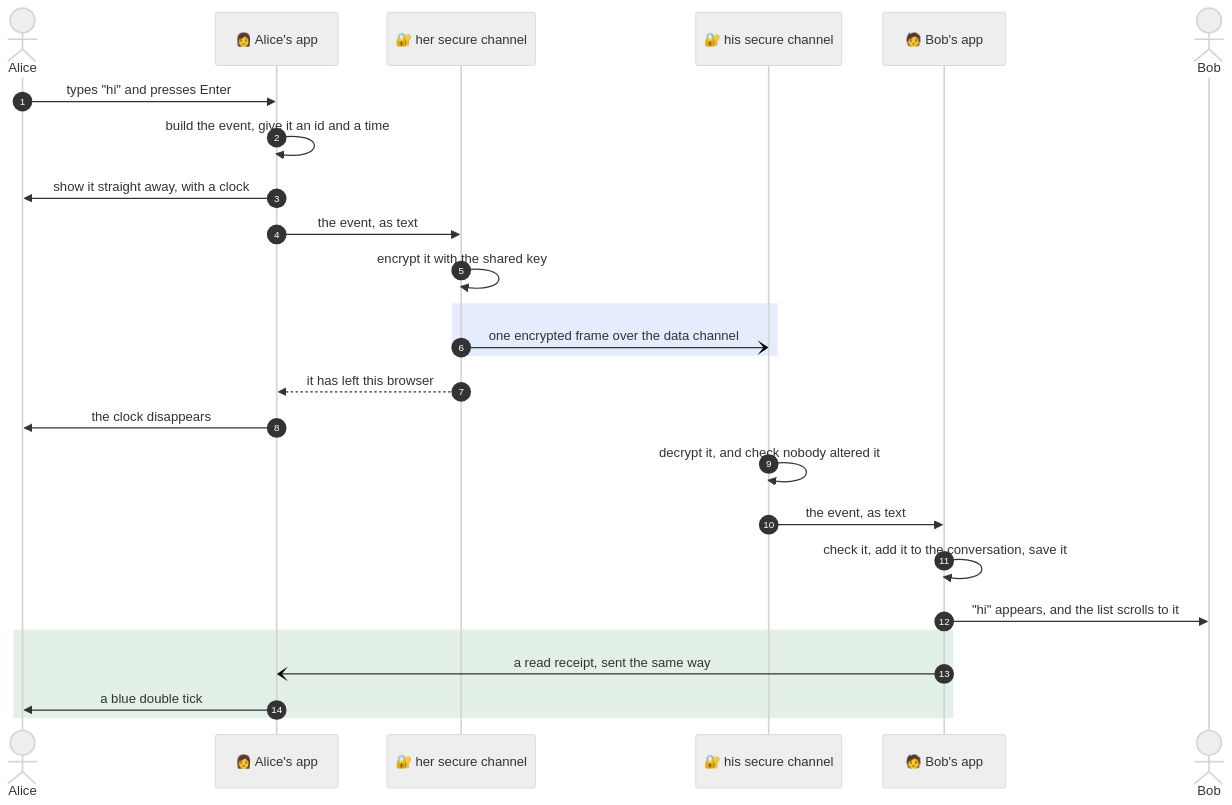
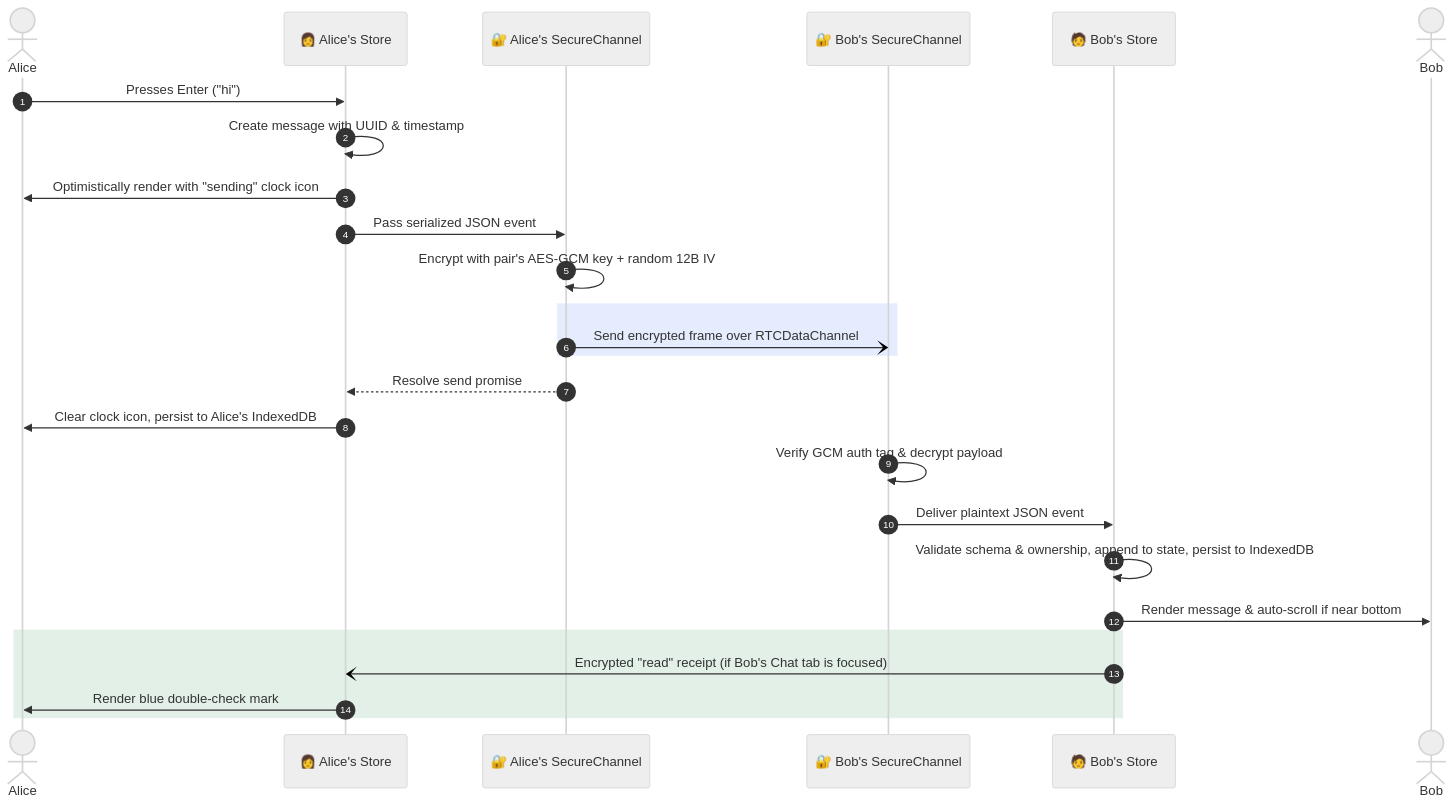
One commit to LitHaxor/webRTC-mesh-chat changed the fifth of 10 diagrams in README.md. Above: the diagram before and after it, drawn with Mermaid (neutral theme). The commit also changed other lines of this file, not shown here.

````diff
--- a/README.md
+++ b/README.md
@@ -445,29 +286,29 @@
 ```mermaid
 sequenceDiagram
   autonumber
   actor Alice
-  participant SA as 👩 Alice's app
-  participant CA as 🔐 her secure channel
-  participant CB as 🔐 his secure channel
-  participant SB as 🧑 Bob's app
+  participant SA as 👩 Alice's Store
+  participant CA as 🔐 Alice's SecureChannel
+  participant CB as 🔐 Bob's SecureChannel
+  participant SB as 🧑 Bob's Store
   actor Bob
 
-  Alice->>SA: types "hi" and presses Enter
-  SA->>SA: build the event, give it an id and a time
-  SA->>Alice: show it straight away, with a clock
-  SA->>CA: the event, as text
-  CA->>CA: encrypt it with the shared key
+  Alice->>SA: Presses Enter ("hi")
+  SA->>SA: Create message with UUID & timestamp
+  SA->>Alice: Optimistically render with "sending" clock icon
+  SA->>CA: Pass serialized JSON event
+  CA->>CA: Encrypt with pair's AES-GCM key + random 12B IV
   rect rgba(37, 99, 235, 0.12)
-    CA-)CB: one encrypted frame over the data channel
+    CA-)CB: Send encrypted frame over RTCDataChannel
   end
-  CA-->>SA: it has left this browser
-  SA->>Alice: the clock disappears
-  CB->>CB: decrypt it, and check nobody altered it
-  CB->>SB: the event, as text
-  SB->>SB: check it, add it to the conversation, save it
-  SB->>Bob: "hi" appears, and the list scrolls to it
+  CA-->>SA: Resolve send promise
+  SA->>Alice: Clear clock icon, persist to Alice's IndexedDB
+  CB->>CB: Verify GCM auth tag & decrypt payload
+  CB->>SB: Deliver plaintext JSON event
+  SB->>SB: Validate schema & ownership, append to state, persist to IndexedDB
+  SB->>Bob: Render message & auto-scroll if near bottom
   rect rgba(21, 128, 61, 0.12)
-    SB-)SA: a read receipt, sent the same way
-    SA->>Alice: a blue double tick
+    SB-)SA: Encrypted "read" receipt (if Bob's Chat tab is focused)
+    SA->>Alice: Render blue double-check mark
   end
 ```
````
